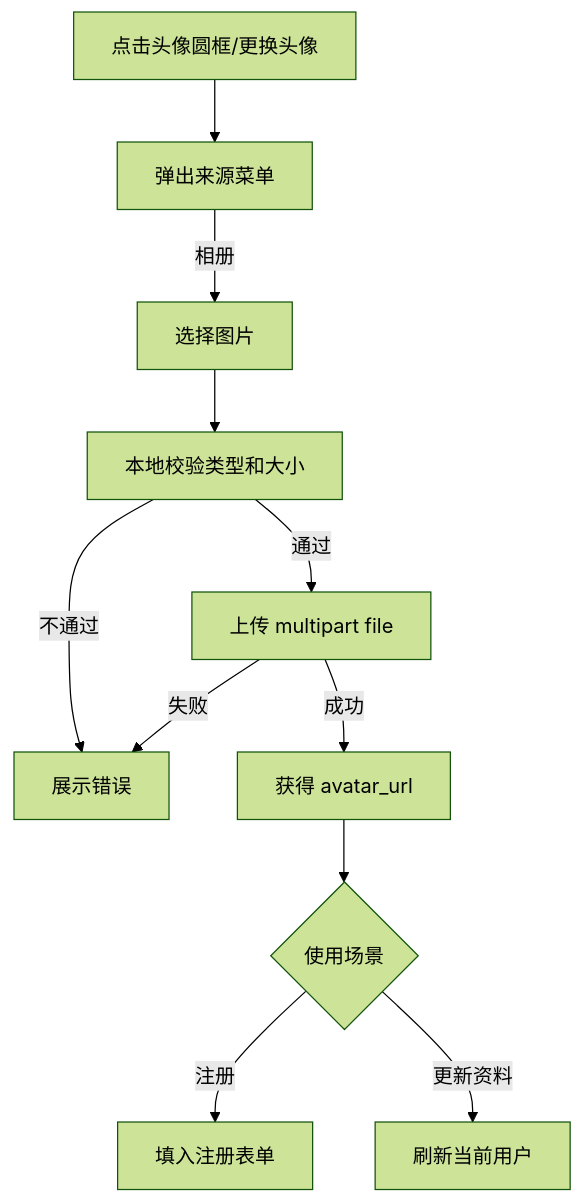
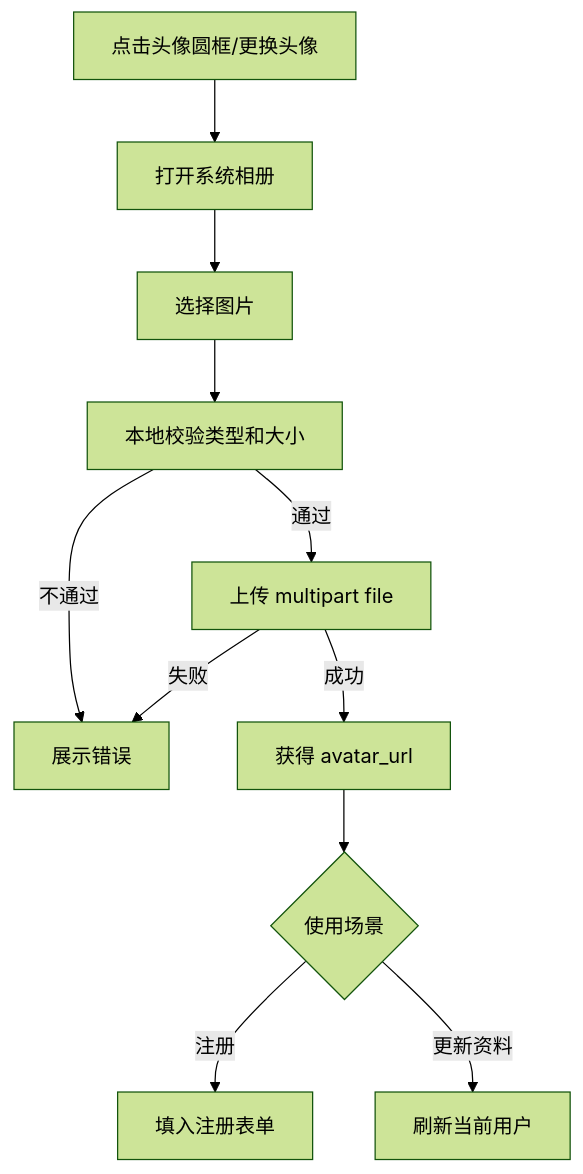
Before and after one commit to DancingCodes/room-app: the tenth of 10 diagrams in docs/客户端逻辑设计.md, drawn with Mermaid (forest theme). The commit also changed 5 other files, not shown here.

````diff
--- a/docs/客户端逻辑设计.md
+++ b/docs/客户端逻辑设计.md
@@ -171,13 +171,13 @@
 ```mermaid
 flowchart TD
-    A[点击头像圆框/更换头像] --> B[弹出来源菜单]
-    B -- 相册 --> C[选择图片]
+    A[点击头像圆框/更换头像] --> B[打开系统相册]
+    B --> C[选择图片]
     C --> E[本地校验类型和大小]
     E -- 通过 --> F[上传 multipart file]
     E -- 不通过 --> G[展示错误]
     F -- 成功 --> H[获得 avatar_url]
     F -- 失败 --> G
     H --> I{使用场景}
     I -- 注册 --> J[填入注册表单]
     I -- 更新资料 --> K[刷新当前用户]
 ```
````
